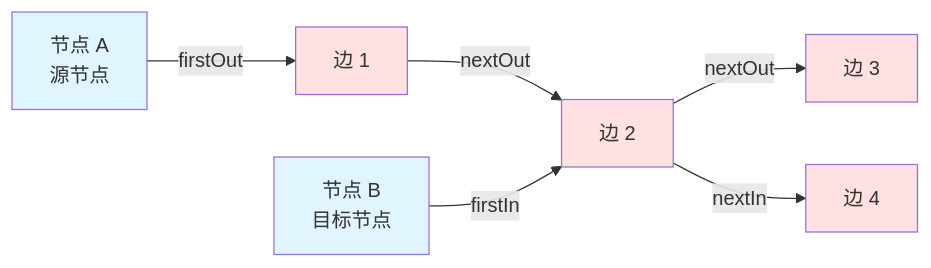
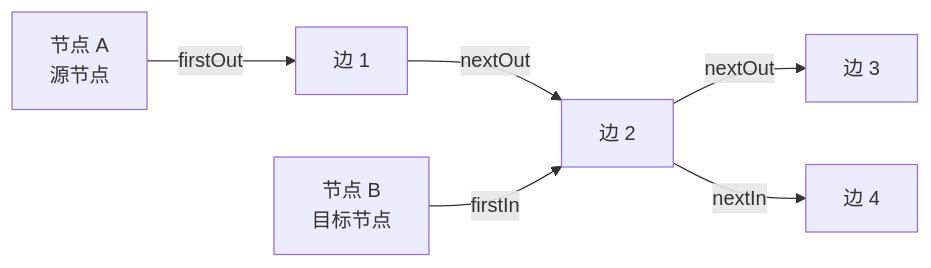
The second of 5 diagrams in docs/zh/algorithms/relationship-traversal.md (nexepic/zyx), drawn with Mermaid before and after one commit. The commit also changed other lines of this file and 13 other files, not shown here.

First line of the commit message:
fix: remove ASCII art and colorful diagrams from algorithm docs

````diff
--- a/docs/zh/algorithms/relationship-traversal.md
+++ b/docs/zh/algorithms/relationship-traversal.md
@@ -43,16 +38,9 @@
 ```mermaid
 graph LR
     A[节点 A<br/>源节点] -->|firstOut| B[边 1]
     B -->|nextOut| C[边 2]
     C -->|nextOut| D[边 3]
 
     E[节点 B<br/>目标节点] -->|firstIn| C
     C -->|nextIn| F[边 4]
-
-    style A fill:#e1f5ff
-    style E fill:#e1f5ff
-    style B fill:#ffe1e1
-    style C fill:#ffe1e1
-    style D fill:#ffe1e1
-    style F fill:#ffe1e1
 ```
````
